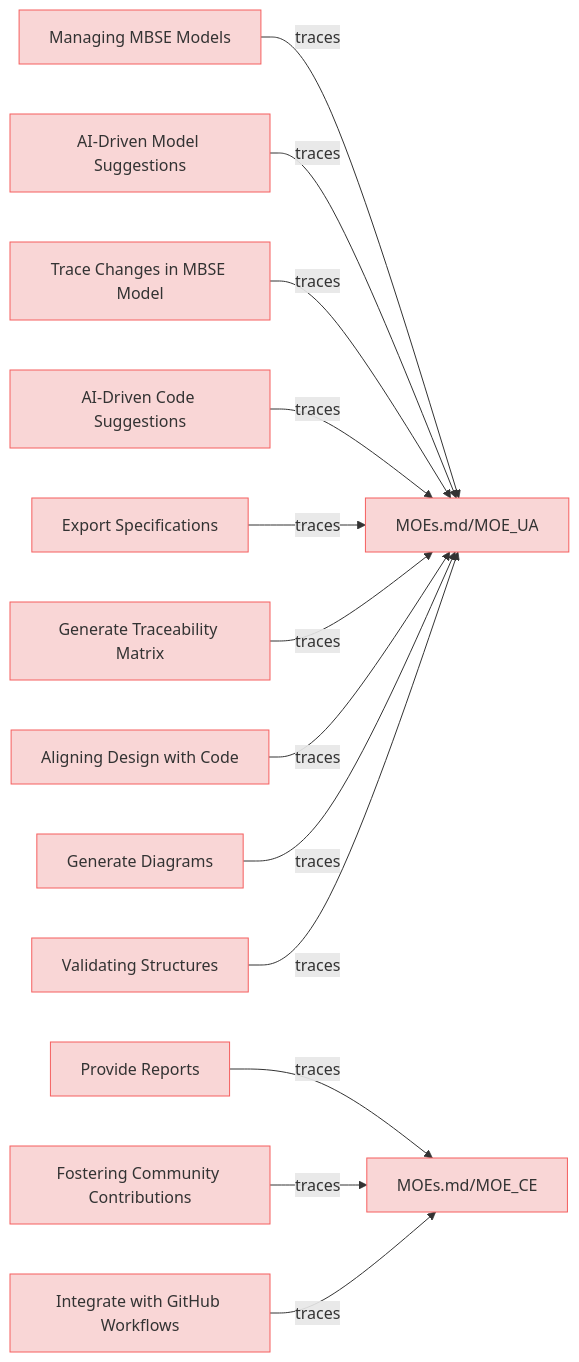
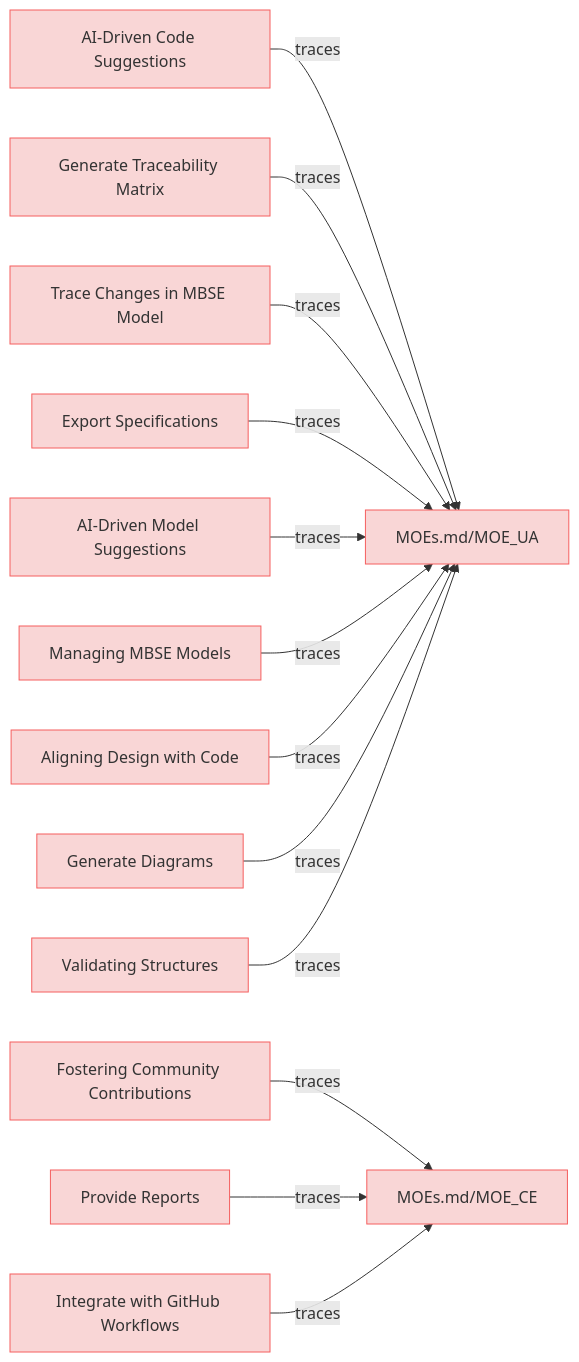
Before and after one commit to reqvire-org/reqvire: the diagram in specifications/UserStories.md, drawn with Mermaid. The commit also changed 6 other files, not shown here.

Commit message:
Model updates: bug fix not adding diagrams.

````diff
--- a/specifications/UserStories.md
+++ b/specifications/UserStories.md
@@ -10,62 +10,63 @@
 ```mermaid
 graph LR;
   %% Graph styling
   classDef requirement fill:#f9d6d6,stroke:#f55f5f,stroke-width:1px;
   classDef verification fill:#d6f9d6,stroke:#5fd75f,stroke-width:1px;
   classDef externalLink fill:#d0e0ff,stroke:#3080ff,stroke-width:1px;
   classDef default fill:#f5f5f5,stroke:#333333,stroke-width:1px;
-  852dea6cfe["Managing MBSE Models"];
-  click 852dea6cfe "UserStories.md#managing-mbse-models";
-  class 852dea6cfe requirement;
+
+  a4657fca5a["AI-Driven Code Suggestions"];
+  click a4657fca5a "UserStories.md#ai-driven-code-suggestions";
+  class a4657fca5a requirement;
   f6237e49f7["MOEs.md/MOE_UA"];
   class f6237e49f7 requirement;
   click f6237e49f7 "MOEs.md#moe_ua";
-  852dea6cfe -->|traces| f6237e49f7;
-  fe32882ee2["Provide Reports"];
-  click fe32882ee2 "UserStories.md#provide-reports";
-  class fe32882ee2 requirement;
-  b3f57e49f7["MOEs.md/MOE_CE"];
-  class b3f57e49f7 requirement;
-  click b3f57e49f7 "MOEs.md#moe_ce";
-  fe32882ee2 -->|traces| b3f57e49f7;
+  a4657fca5a -->|traces| f6237e49f7;
+  e4eb5bf7e5["Generate Traceability Matrix"];
+  click e4eb5bf7e5 "UserStories.md#generate-traceability-matrix";
+  class e4eb5bf7e5 requirement;
+  e4eb5bf7e5 -->|traces| f6237e49f7;
+  36d8b2eb16["Trace Changes in MBSE Model"];
+  click 36d8b2eb16 "UserStories.md#trace-changes-in-mbse-model";
+  class 36d8b2eb16 requirement;
+  36d8b2eb16 -->|traces| f6237e49f7;
+  100197ce81["Export Specifications"];
+  click 100197ce81 "UserStories.md#export-specifications";
+  class 100197ce81 requirement;
+  100197ce81 -->|traces| f6237e49f7;
   6912d98267["AI-Driven Model Suggestions"];
   click 6912d98267 "UserStories.md#ai-driven-model-suggestions";
   class 6912d98267 requirement;
   6912d98267 -->|traces| f6237e49f7;
-  36d8b2eb16["Trace Changes in MBSE Model"];
-  click 36d8b2eb16 "UserStories.md#trace-changes-in-mbse-model";
-  class 36d8b2eb16 requirement;
-  36d8b2eb16 -->|traces| f6237e49f7;
-  a4657fca5a["AI-Driven Code Suggestions"];
-  click a4657fca5a "UserStories.md#ai-driven-code-suggestions";
-  class a4657fca5a requirement;
-  a4657fca5a -->|traces| f6237e49f7;
-  100197ce81["Export Specifications"];
-  click 100197ce81 "UserStories.md#export-specifications";
-  class 100197ce81 requirement;
-  100197ce81 -->|traces| f6237e49f7;
-  e4eb5bf7e5["Generate Traceability Matrix"];
-  click e4eb5bf7e5 "UserStories.md#generate-traceability-matrix";
-  class e4eb5bf7e5 requirement;
-  e4eb5bf7e5 -->|traces| f6237e49f7;
   cdc9a9c908["Fostering Community Contributions"];
   click cdc9a9c908 "UserStories.md#fostering-community-contributions";
   class cdc9a9c908 requirement;
+  b3f57e49f7["MOEs.md/MOE_CE"];
+  class b3f57e49f7 requirement;
+  click b3f57e49f7 "MOEs.md#moe_ce";
   cdc9a9c908 -->|traces| b3f57e49f7;
-  ba120b7caf["Integrate with GitHub Workflows"];
-  click ba120b7caf "UserStories.md#integrate-with-github-workflows";
-  class ba120b7caf requirement;
-  ba120b7caf -->|traces| b3f57e49f7;
+  852dea6cfe["Managing MBSE Models"];
+  click 852dea6cfe "UserStories.md#managing-mbse-models";
+  class 852dea6cfe requirement;
+  852dea6cfe -->|traces| f6237e49f7;
   de2d3516cd["Aligning Design with Code"];
   click de2d3516cd "UserStories.md#aligning-design-with-code";
   class de2d3516cd requirement;
   de2d3516cd -->|traces| f6237e49f7;
+  fe32882ee2["Provide Reports"];
+  click fe32882ee2 "UserStories.md#provide-reports";
+  class fe32882ee2 requirement;
+  fe32882ee2 -->|traces| b3f57e49f7;
   cf0026c2fe["Generate Diagrams"];
   click cf0026c2fe "UserStories.md#generate-diagrams";
   class cf0026c2fe requirement;
   cf0026c2fe -->|traces| f6237e49f7;
   a60d88b6e2["Validating Structures"];
   click a60d88b6e2 "UserStories.md#validating-structures";
   class a60d88b6e2 requirement;
   a60d88b6e2 -->|traces| f6237e49f7;
+  ba120b7caf["Integrate with GitHub Workflows"];
+  click ba120b7caf "UserStories.md#integrate-with-github-workflows";
+  class ba120b7caf requirement;
+  ba120b7caf -->|traces| b3f57e49f7;
 ```
````
